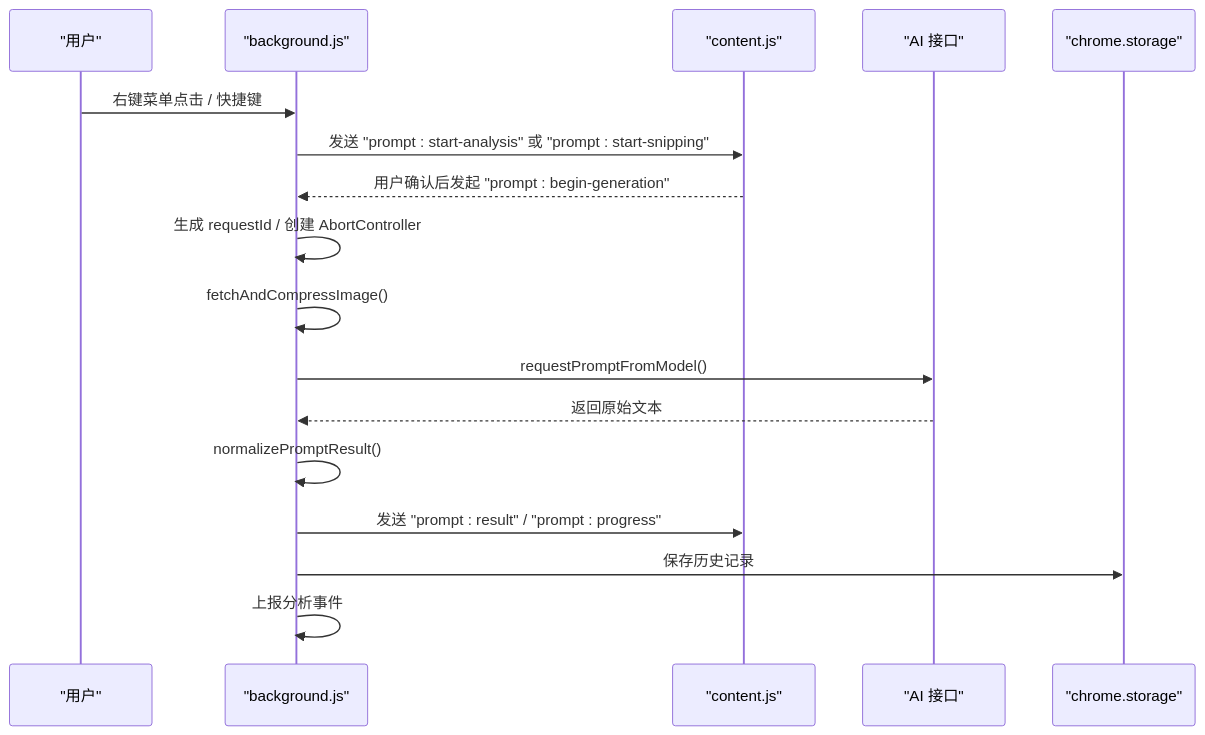
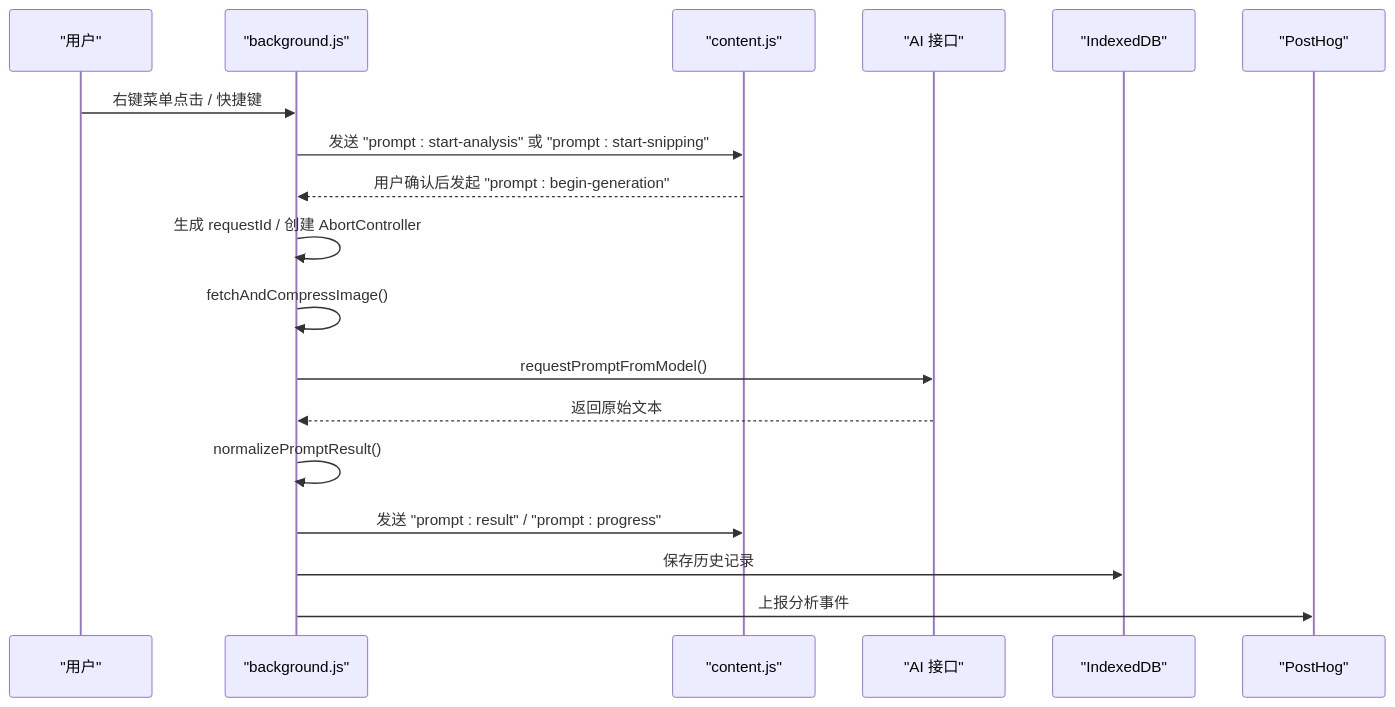
The second of 5 diagrams in .qoder/repowiki/zh/content/技术架构/核心模块分析/后台服务模块 (background.js).md (binasi/Img2Prompt), drawn with Mermaid before and after one commit. The commit also changed other lines of this file and 9 other files, not shown here.

````diff
--- a/.qoder/repowiki/zh/content/技术架构/核心模块分析/后台服务模块 (background.js).md
+++ b/.qoder/repowiki/zh/content/技术架构/核心模块分析/后台服务模块 (background.js).md
@@ -122,19 +136,20 @@
 ```mermaid
 sequenceDiagram
 participant User as "用户"
 participant BG as "background.js"
 participant CS as "content.js"
 participant AI as "AI 接口"
-participant Store as "chrome.storage"
+participant IDB as "IndexedDB"
+participant PH as "PostHog"
 User->>BG : 右键菜单点击 / 快捷键
 BG->>CS : 发送 "prompt : start-analysis" 或 "prompt : start-snipping"
 CS-->>BG : 用户确认后发起 "prompt : begin-generation"
 BG->>BG : 生成 requestId / 创建 AbortController
 BG->>BG : fetchAndCompressImage()
 BG->>AI : requestPromptFromModel()
 AI-->>BG : 返回原始文本
 BG->>BG : normalizePromptResult()
 BG->>CS : 发送 "prompt : result" / "prompt : progress"
-BG->>Store : 保存历史记录
-BG->>BG : 上报分析事件
+BG->>IDB : 保存历史记录
+BG->>PH : 上报分析事件
 ```
````
